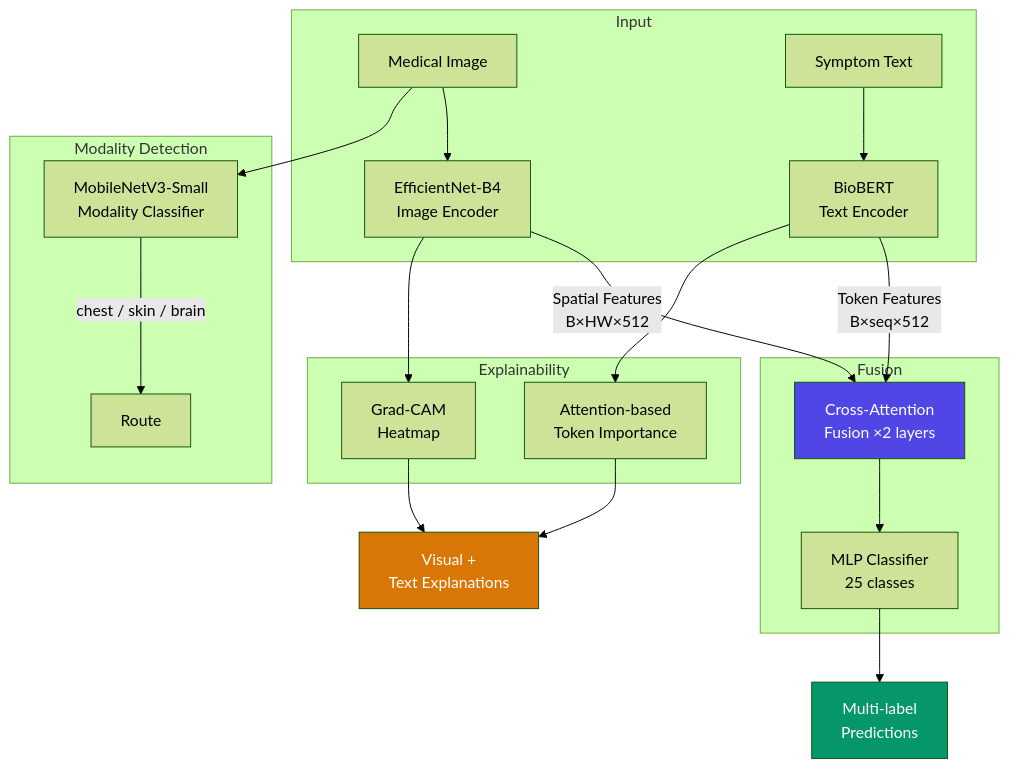
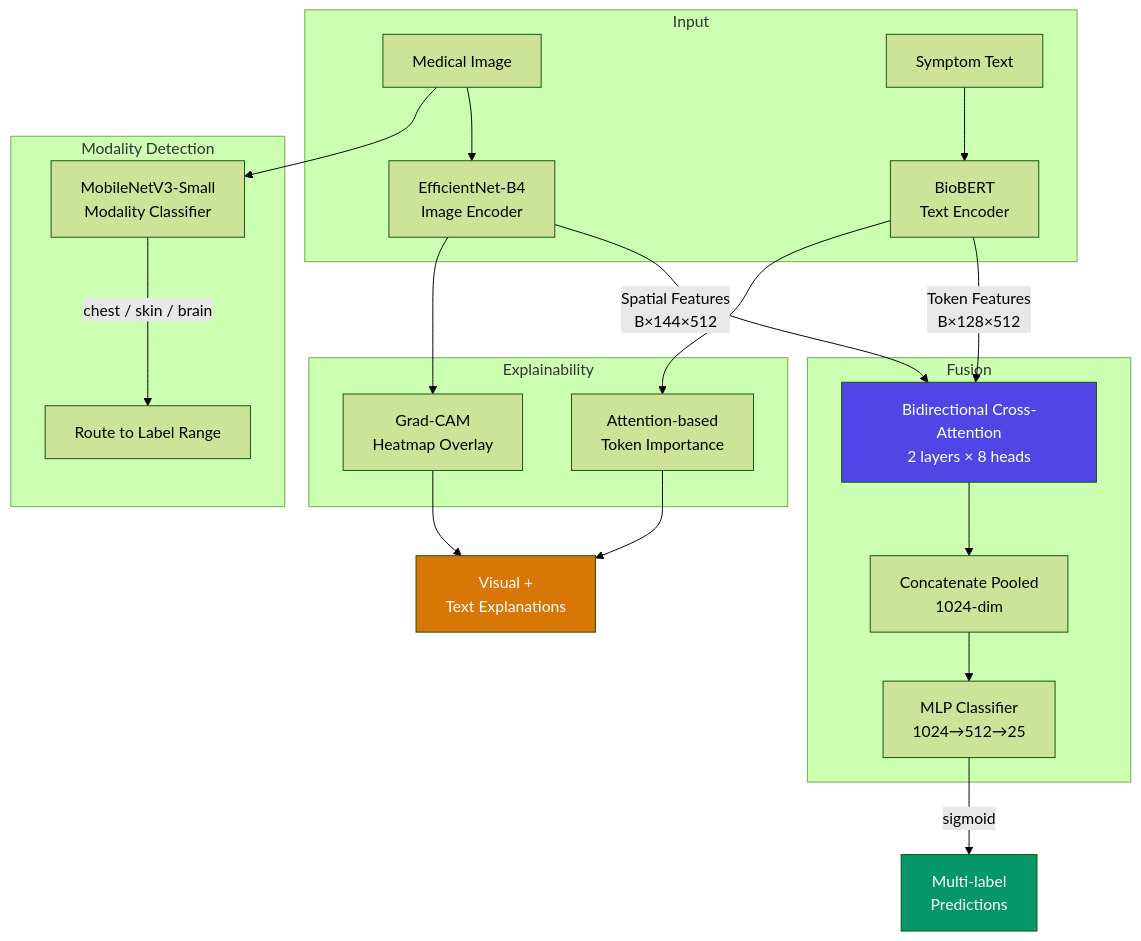
The diagram in README.md (ARRY7686/Multi-Modal-Disease-Detection-System), drawn with Mermaid (forest theme) before and after one commit. The commit also changed other lines of this file, not shown here.

Commit message:
feat: Enhance README with detailed project overview, architecture, and training instructions

````diff
--- a/README.md
+++ b/README.md
@@ -7,31 +63,32 @@
 ```mermaid
 graph TB
     subgraph Input
         IMG[Medical Image] --> IE[EfficientNet-B4<br/>Image Encoder]
         TXT[Symptom Text] --> TE[BioBERT<br/>Text Encoder]
     end
 
     subgraph Modality Detection
         IMG --> MC[MobileNetV3-Small<br/>Modality Classifier]
-        MC --> |chest / skin / brain| ROUTE[Route]
+        MC --> |chest / skin / brain| ROUTE[Route to Label Range]
     end
 
     subgraph Fusion
-        IE --> |Spatial Features<br/>B×HW×512| CA[Cross-Attention<br/>Fusion ×2 layers]
-        TE --> |Token Features<br/>B×seq×512| CA
-        CA --> CLS[MLP Classifier<br/>25 classes]
+        IE --> |Spatial Features<br/>B×144×512| CA[Bidirectional Cross-Attention<br/>2 layers × 8 heads]
+        TE --> |Token Features<br/>B×128×512| CA
+        CA --> CONCAT[Concatenate Pooled<br/>1024-dim]
+        CONCAT --> CLS[MLP Classifier<br/>1024→512→25]
     end
 
     subgraph Explainability
-        IE --> GC[Grad-CAM<br/>Heatmap]
+        IE --> GC[Grad-CAM<br/>Heatmap Overlay]
         TE --> ATT[Attention-based<br/>Token Importance]
     end
 
-    CLS --> PRED[Multi-label<br/>Predictions]
+    CLS --> |sigmoid| PRED[Multi-label<br/>Predictions]
     GC --> EXP[Visual +<br/>Text Explanations]
     ATT --> EXP
 
     style CA fill:#4F46E5,color:#fff
     style PRED fill:#059669,color:#fff
     style EXP fill:#D97706,color:#fff
 ```
````
